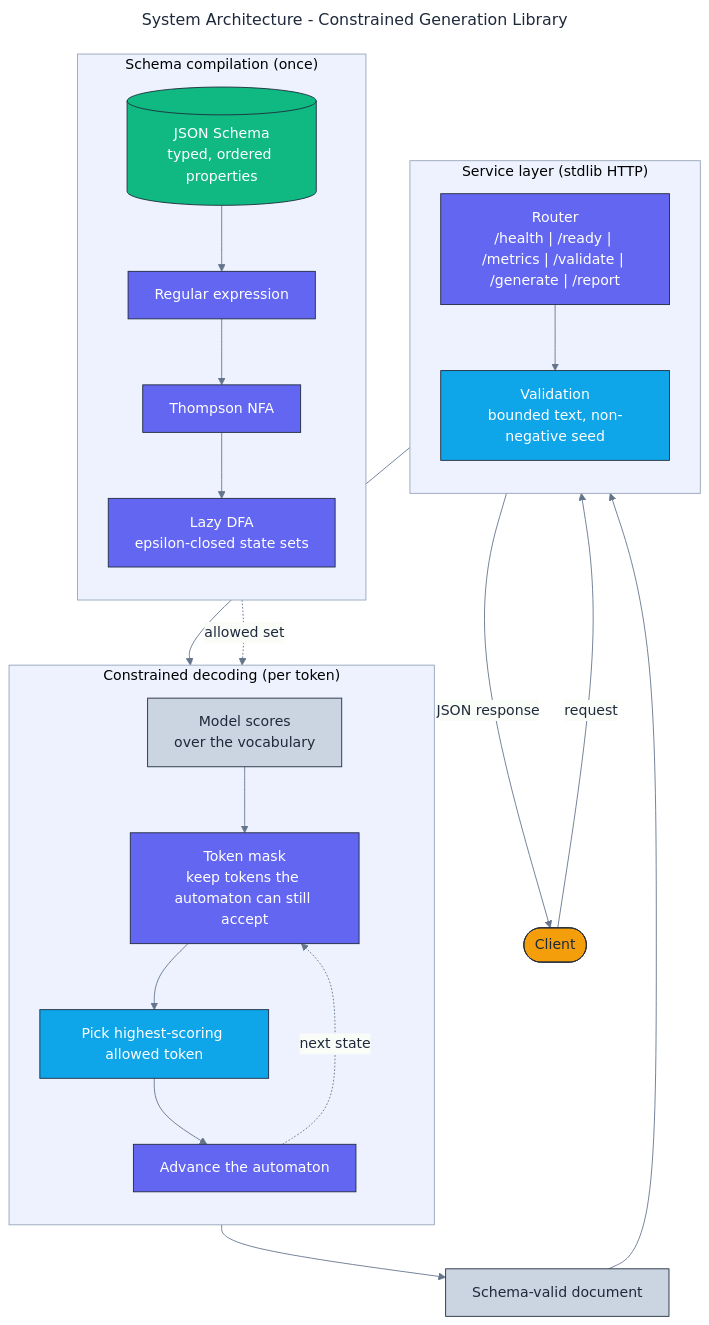
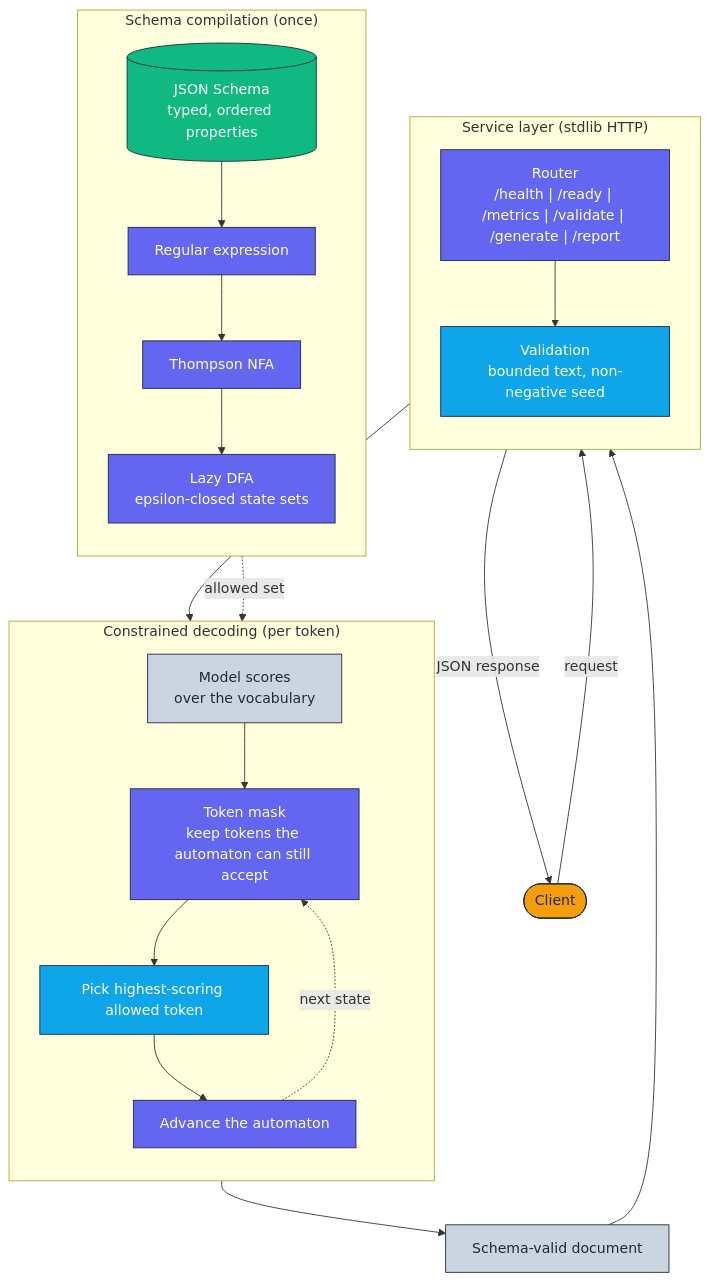
One commit to adeoluo/constrained-generation-library changed the diagram in docs/architecture/architecture.mmd. Above: the diagram before and after it, drawn with Mermaid. The commit also changed 10 other files, not shown here.

```diff
--- a/docs/architecture/architecture.mmd
+++ b/docs/architecture/architecture.mmd
@@ -1,53 +1,40 @@
----
-title: System Architecture - Constrained Generation Library
-config:
-  theme: base
-  themeVariables:
-    fontFamily: "Inter, system-ui, sans-serif"
-    primaryColor: "#F8FAFC"
-    primaryBorderColor: "#1E293B"
-    primaryTextColor: "#1E293B"
-    lineColor: "#64748B"
-    clusterBkg: "#EEF2FF"
-    clusterBorder: "#94A3B8"
----
-flowchart TB
+flowchart TD
     classDef edge     fill:#F59E0B,stroke:#1E293B,color:#1E293B,stroke-width:1px;
     classDef core     fill:#6366F1,stroke:#1E293B,color:#ffffff,stroke-width:1px;
     classDef data     fill:#10B981,stroke:#1E293B,color:#ffffff,stroke-width:1px;
     classDef control  fill:#0EA5E9,stroke:#1E293B,color:#ffffff,stroke-width:1px;
     classDef obs      fill:#CBD5E1,stroke:#1E293B,color:#1E293B,stroke-width:1px;
 
     Client([Client]):::edge
 
     subgraph Compile["Schema compilation (once)"]
         direction TB
         Schema[(JSON Schema<br/>typed, ordered properties)]:::data
         Pattern["Regular expression"]:::core
         NFA["Thompson NFA"]:::core
         DFA["Lazy DFA<br/>epsilon-closed state sets"]:::core
     end
 
     subgraph Decode["Constrained decoding (per token)"]
         direction TB
         Model["Model scores<br/>over the vocabulary"]:::obs
         Mask["Token mask<br/>keep tokens the automaton can still accept"]:::core
         Pick["Pick highest-scoring allowed token"]:::control
         Advance["Advance the automaton"]:::core
     end
 
     subgraph Edge["Service layer (stdlib HTTP)"]
         direction TB
         Router["Router<br/>/health | /ready | /metrics | /validate | /generate | /report"]:::core
         Validate["Validation<br/>bounded text, non-negative seed"]:::control
     end
 
     Result["Schema-valid document"]:::obs
 
     Schema --> Pattern --> NFA --> DFA
     Model --> Mask --> Pick --> Advance
     DFA -.->|allowed set| Mask
     Advance -.->|next state| Mask
     Client -->|request| Router --> Validate --> Decode
     Advance --> Result
     Result --> Router -->|JSON response| Client
```
